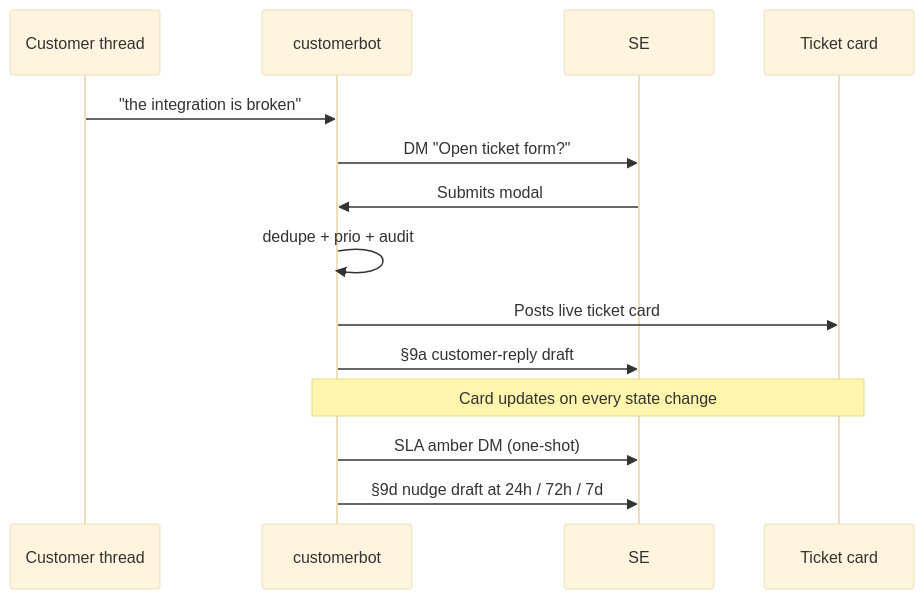
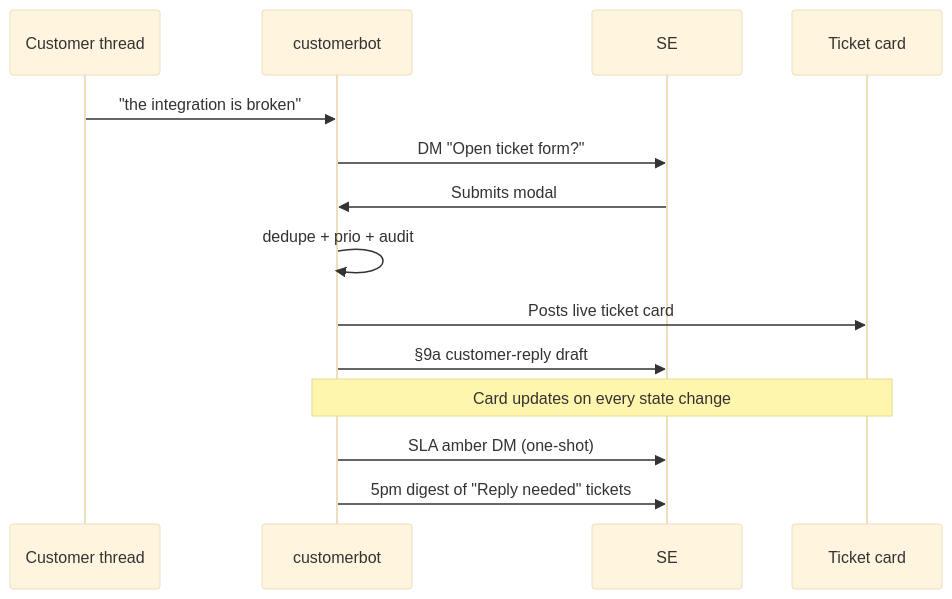
Before and after one commit to Userled-Ryan/Customerbot: the diagram in docs/index.md, drawn with Mermaid (base theme). The commit also changed other lines of this file and 6 other files, not shown here.

````diff
--- a/docs/index.md
+++ b/docs/index.md
@@ -21,17 +21,17 @@
 ```mermaid
 sequenceDiagram
     participant Cust as Customer thread
     participant Bot as customerbot
     participant SE as SE
     participant Card as Ticket card
 
     Cust->>Bot: "the integration is broken"
     Bot->>SE: DM "Open ticket form?"
     SE->>Bot: Submits modal
     Bot->>Bot: dedupe + prio + audit
     Bot->>Card: Posts live ticket card
     Bot->>SE: §9a customer-reply draft
     Note over Bot,Card: Card updates on every state change
     Bot->>SE: SLA amber DM (one-shot)
-    Bot->>SE: §9d nudge draft at 24h / 72h / 7d
+    Bot->>SE: 5pm digest of "Reply needed" tickets
 ```
````
